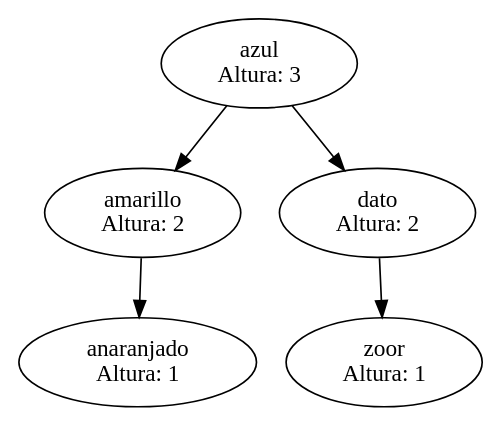
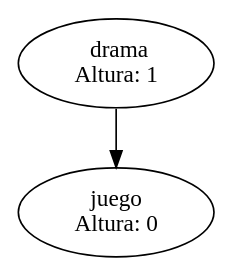
The diagram in Proyecto2_201700733/avlTrees.dot (ByLy23/BlockChain_Java), drawn with Graphviz before and after one commit. The commit also changed 15 other files, not shown here.

```diff
--- a/Proyecto2_201700733/avlTrees.dot
+++ b/Proyecto2_201700733/avlTrees.dot
@@ -1,10 +1,4 @@
-digraph "GraficaAVL"{ nodo1695776037 [label= " amarillo
- Altura: 2"];nodo731687436 [label= " anaranjado
- Altura: 1"];nodo725078404 [label= " azul
- Altura: 3"];nodo1563183278 [label= " dato
- Altura: 2"];nodo598273147 [label= " zoor
- Altura: 1"]; nodo725078404->nodo1695776037
-nodo725078404->nodo1563183278
-nodo1695776037->nodo731687436
-nodo1563183278->nodo598273147
+digraph "GraficaAVL"{ nodo1614629854 [label= "  drama
+ Altura: 1"];nodo1608632588 [label= " juego
+ Altura: 0"]; nodo1614629854->nodo1608632588
  }
```
